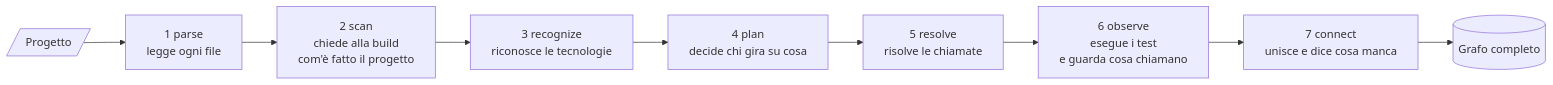
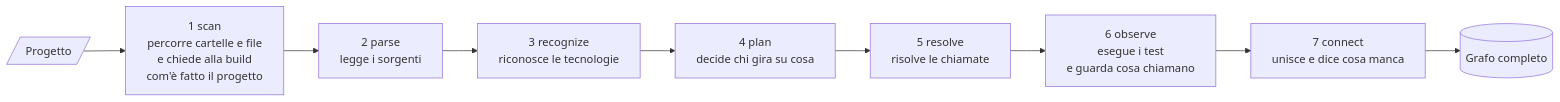
Before and after one commit to acaprino/daodan: the first of 4 diagrams in docs/plugins/codebase-map.md, drawn with Mermaid. The commit also changed other lines of this file and 2 other files, not shown here.

First line of the commit message:
docs(pipeline): scan viene prima di parse

````diff
--- a/docs/plugins/codebase-map.md
+++ b/docs/plugins/codebase-map.md
@@ -83,11 +83,11 @@
 ```mermaid
 flowchart LR
-  P[/Progetto/] --> parse
-  parse["1 parse<br>legge ogni file"] --> scan
-  scan["2 scan<br>chiede alla build<br>com'è fatto il progetto"] --> recognize
+  P[/Progetto/] --> scan
+  scan["1 scan<br>percorre cartelle e file<br>e chiede alla build<br>com'è fatto il progetto"] --> parse
+  parse["2 parse<br>legge i sorgenti"] --> recognize
   recognize["3 recognize<br>riconosce le tecnologie"] --> plan
   plan["4 plan<br>decide chi gira su cosa"] --> resolve
   resolve["5 resolve<br>risolve le chiamate"] --> observe
   observe["6 observe<br>esegue i test<br>e guarda cosa chiamano"] --> connect
   connect["7 connect<br>unisce e dice cosa manca"] --> G[(Grafo completo)]
 ```
````
